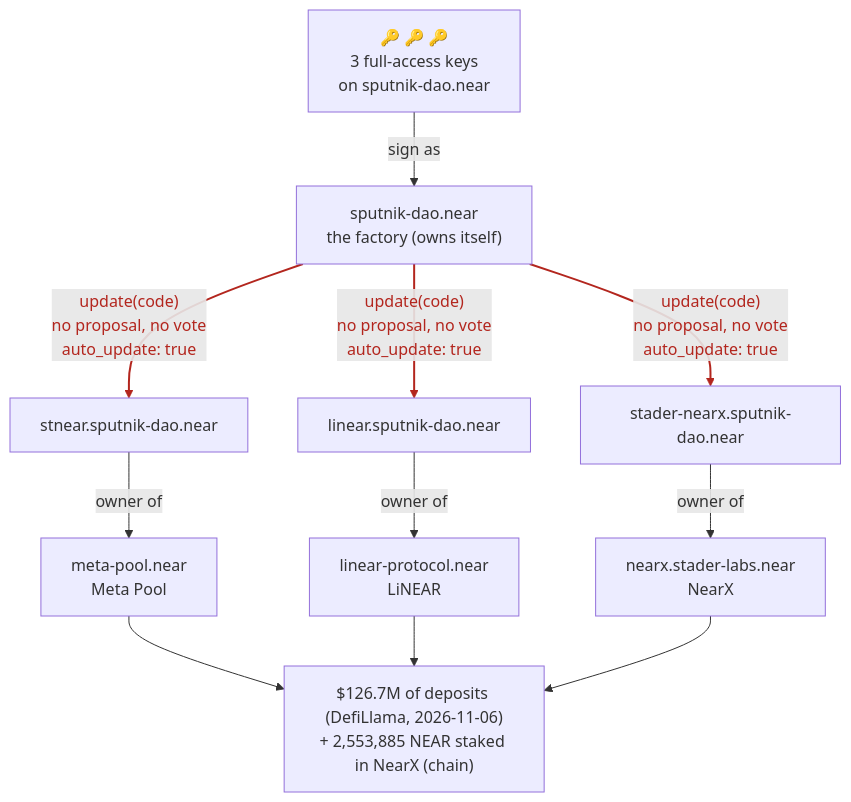
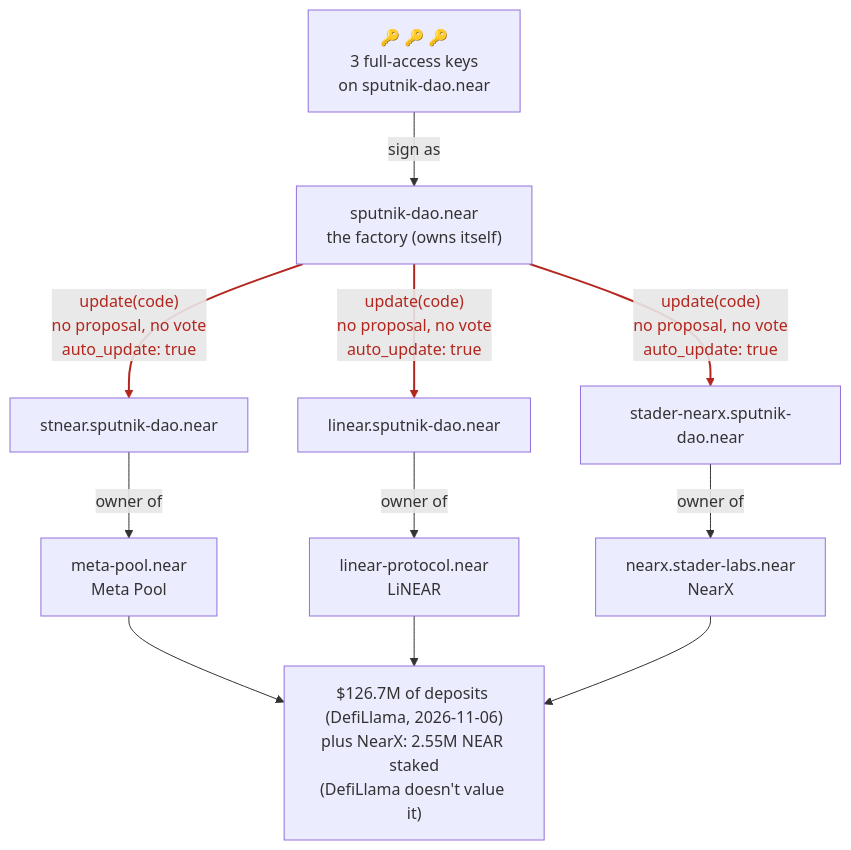
Before and after one commit to aditi3175/docket: the first of 12 diagrams in README.md, drawn with Mermaid. The commit also changed other lines of this file and 7 other files, not shown here.

````diff
--- a/README.md
+++ b/README.md
@@ -78,21 +56,21 @@
 ```mermaid
 flowchart TB
     K["🔑 🔑 🔑<br/>3 full-access keys<br/>on sputnik-dao.near"]
     F["sputnik-dao.near<br/>the factory (owns itself)"]
     D1["stnear.sputnik-dao.near"]
     D2["linear.sputnik-dao.near"]
     D3["stader-nearx.sputnik-dao.near"]
     P1["meta-pool.near<br/>Meta Pool"]
     P2["linear-protocol.near<br/>LiNEAR"]
     P3["nearx.stader-labs.near<br/>NearX"]
-    V["$126.7M of deposits (DefiLlama, 2026-11-06)<br/>+ 2,553,885 NEAR staked in NearX (chain)"]
+    V["$126.7M of deposits (DefiLlama, 2026-11-06)<br/>plus NearX: 2.55M NEAR staked<br/>(DefiLlama doesn't value it)"]
 
     K -->|sign as| F
     F -->|"update(code)<br/>no proposal, no vote<br/>auto_update: true"| D1 & D2 & D3
     D1 -->|owner of| P1
     D2 -->|owner of| P2
     D3 -->|owner of| P3
     P1 & P2 & P3 --> V
 
     linkStyle 1,2,3 stroke:#b3261e,stroke-width:2px,color:#b3261e
 ```
````
